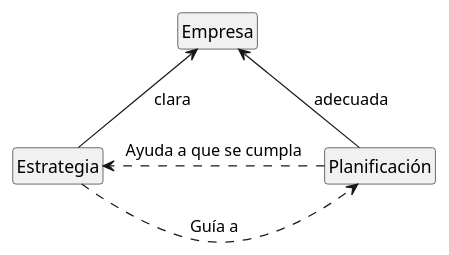
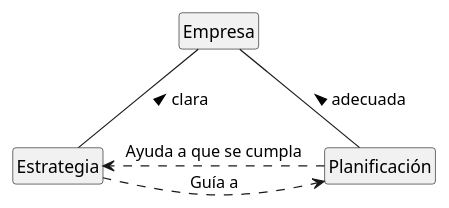
One commit to marcosvarona/DSI-22-23 changed the diagram in puml.source/empresaEstrategiaPlanificacion2.puml. Above: the diagram before and after it, drawn with PlantUML. The commit also changed 3 other files, not shown here.

Commit message:
aboutPlantUML

```diff
--- a/puml.source/empresaEstrategiaPlanificacion2.puml
+++ b/puml.source/empresaEstrategiaPlanificacion2.puml
@@ -1,10 +1,8 @@
-class Empresa
+Estrategia -u- Empresa:> clara
+Planificación -u- Empresa:> adecuada
 
-Estrategia -u-> Empresa:clara
-Planificación -u-> Empresa:adecuada
-
-Estrategia .r.> Planificación: \n\nGuía a
-Planificación ..> Estrategia: \n\nAyuda a que se cumpla
+Estrategia .r.> Planificación: Guía a
+Planificación ...> Estrategia: Ayuda a que se cumpla
 
 hide class circle
 hide empty members
```
